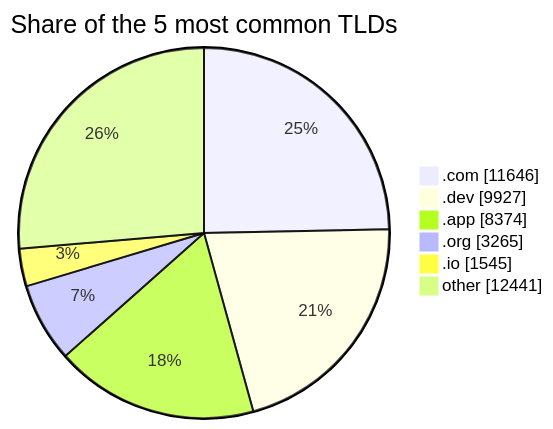
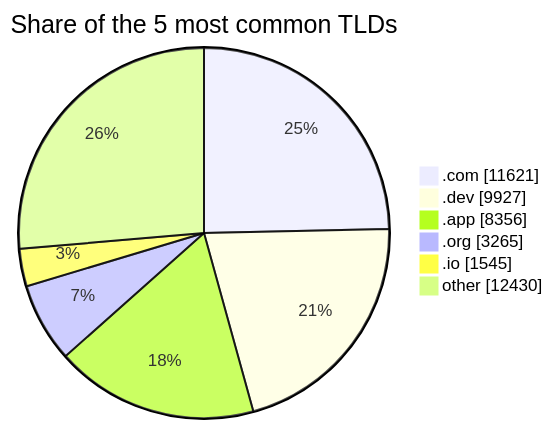
Before and after one commit to DNSBunker/CTI: the third of 3 diagrams in README.md, drawn with Mermaid. The commit also changed other lines of this file and 3 other files, not shown here.

````diff
--- a/README.md
+++ b/README.md
@@ -81,9 +81,9 @@
 ```mermaid
 pie showData title Share of the 5 most common TLDs
-    ".com" : 11646
+    ".com" : 11621
     ".dev" : 9927
-    ".app" : 8374
+    ".app" : 8356
     ".org" : 3265
     ".io" : 1545
-    "other" : 12441
+    "other" : 12430
 ```
````
